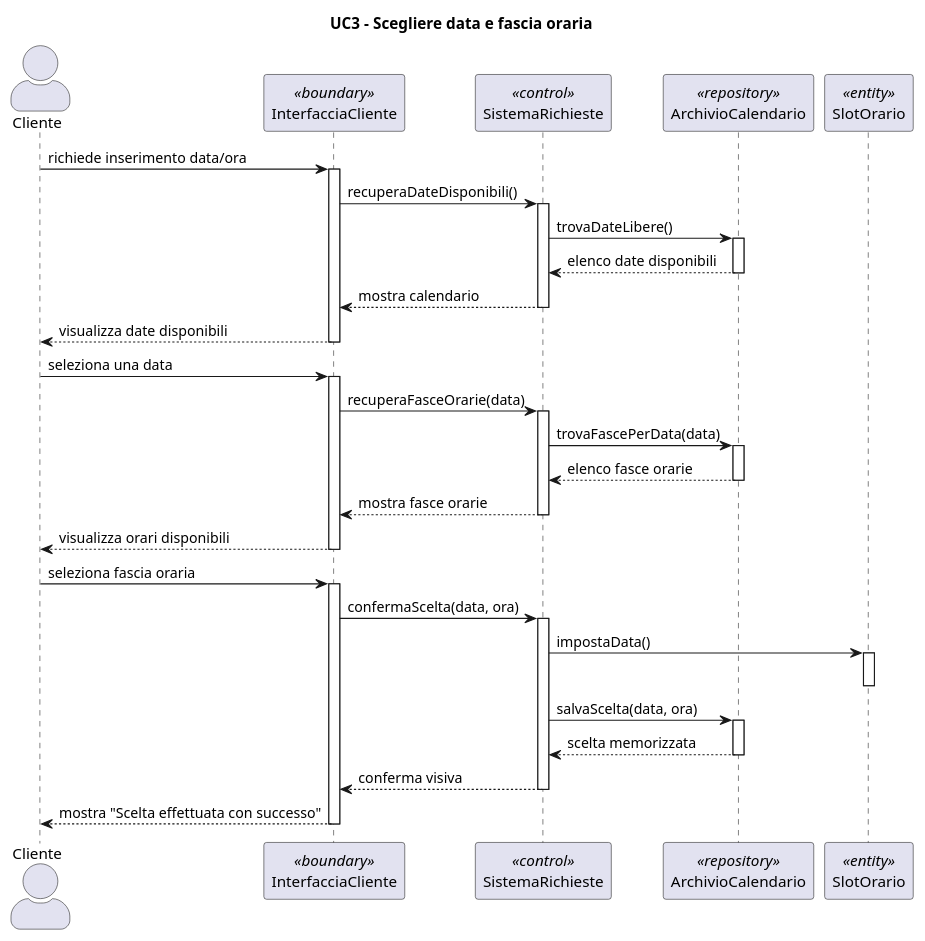
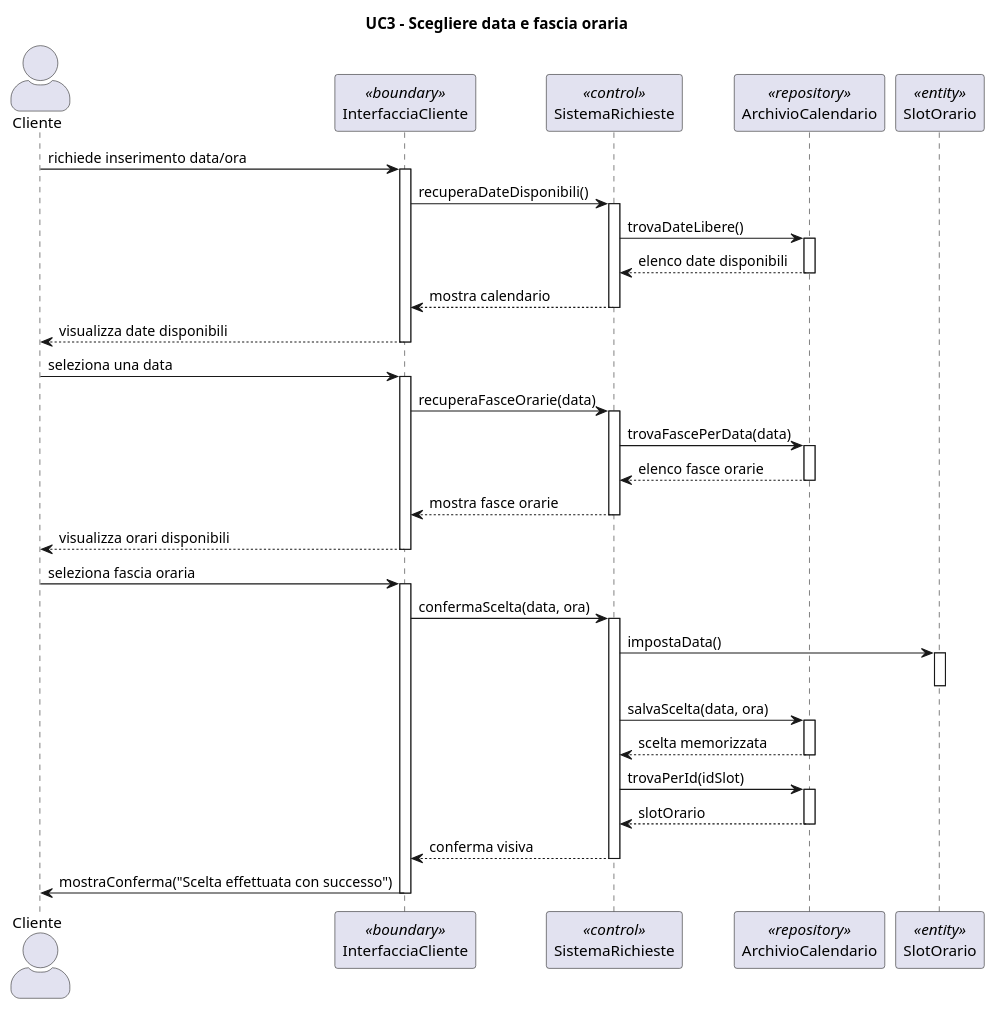
Before and after one commit to Samepsilon/FloWare: the diagram in diagrammiUML/diagrammi di sequenza/UC3_Scegliere_Data_e_Fascia_Oraria.puml, drawn with PlantUML. The commit also changed 11 other files, not shown here.

```diff
--- a/diagrammiUML/diagrammi di sequenza/UC3_Scegliere_Data_e_Fascia_Oraria.puml
+++ b/diagrammiUML/diagrammi di sequenza/UC3_Scegliere_Data_e_Fascia_Oraria.puml
@@ -1,65 +1,70 @@
 @startuml
 
 skinparam actorStyle awesome
 title UC3 - Scegliere data e fascia oraria
 
 actor Cliente
 participant "InterfacciaCliente" as Boundary <<boundary>>
 participant "SistemaRichieste" as Control <<control>>
 participant "ArchivioCalendario" as Repo <<repository>>
 participant "SlotOrario" as Slot <<entity>>
 
 Cliente -> Boundary : richiede inserimento data/ora
 activate Boundary
 
 Boundary -> Control : recuperaDateDisponibili()
 activate Control
 
 Control -> Repo : trovaDateLibere()
 activate Repo
 Repo --> Control : elenco date disponibili
 deactivate Repo
 
 Control --> Boundary : mostra calendario
 deactivate Control
 Boundary --> Cliente : visualizza date disponibili
 deactivate Boundary
 
 Cliente -> Boundary : seleziona una data
 activate Boundary
 
 Boundary -> Control : recuperaFasceOrarie(data)
 activate Control
 
 Control -> Repo : trovaFascePerData(data)
 activate Repo
 Repo --> Control : elenco fasce orarie
 deactivate Repo
 
 Control --> Boundary : mostra fasce orarie
 deactivate Control
 Boundary --> Cliente : visualizza orari disponibili
 deactivate Boundary
 
 Cliente -> Boundary : seleziona fascia oraria
 activate Boundary
 
 Boundary -> Control : confermaScelta(data, ora)
 activate Control
 
 Control -> Slot : impostaData()
 activate Slot
 deactivate Slot
 
 Control -> Repo : salvaScelta(data, ora)
 activate Repo
 Repo --> Control : scelta memorizzata
 deactivate Repo
 
+Control -> Repo : trovaPerId(idSlot)
+activate Repo
+Repo --> Control : slotOrario
+deactivate Repo
+
 Control --> Boundary : conferma visiva
 deactivate Control
 
-Boundary --> Cliente : mostra "Scelta effettuata con successo"
+Boundary -> Cliente : mostraConferma("Scelta effettuata con successo")
 deactivate Boundary
 
 @enduml
```
